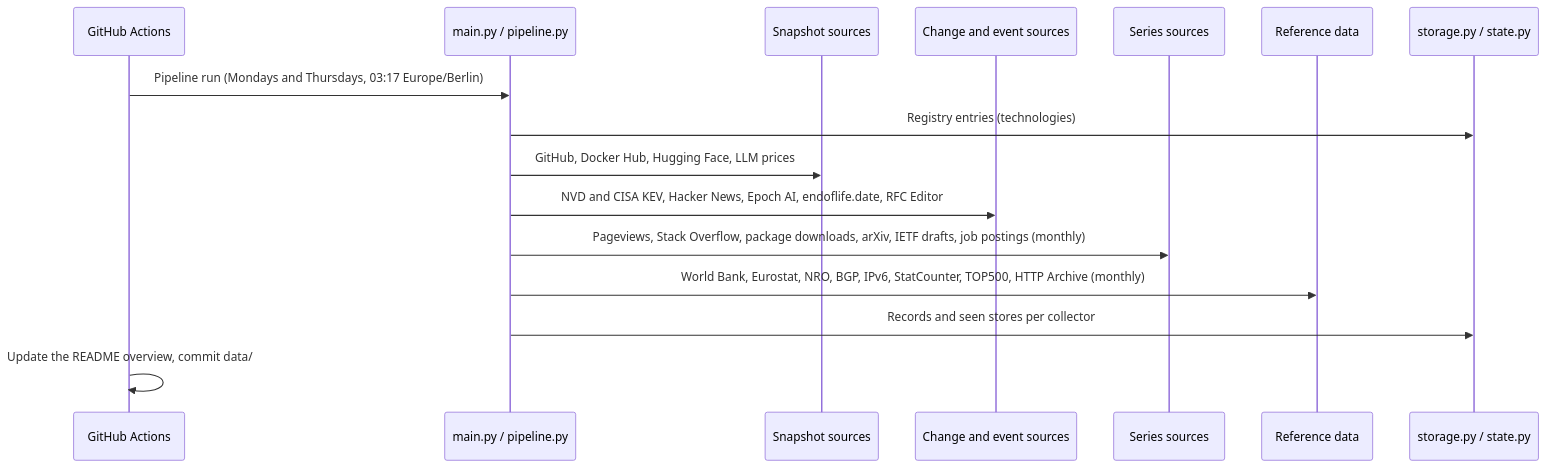
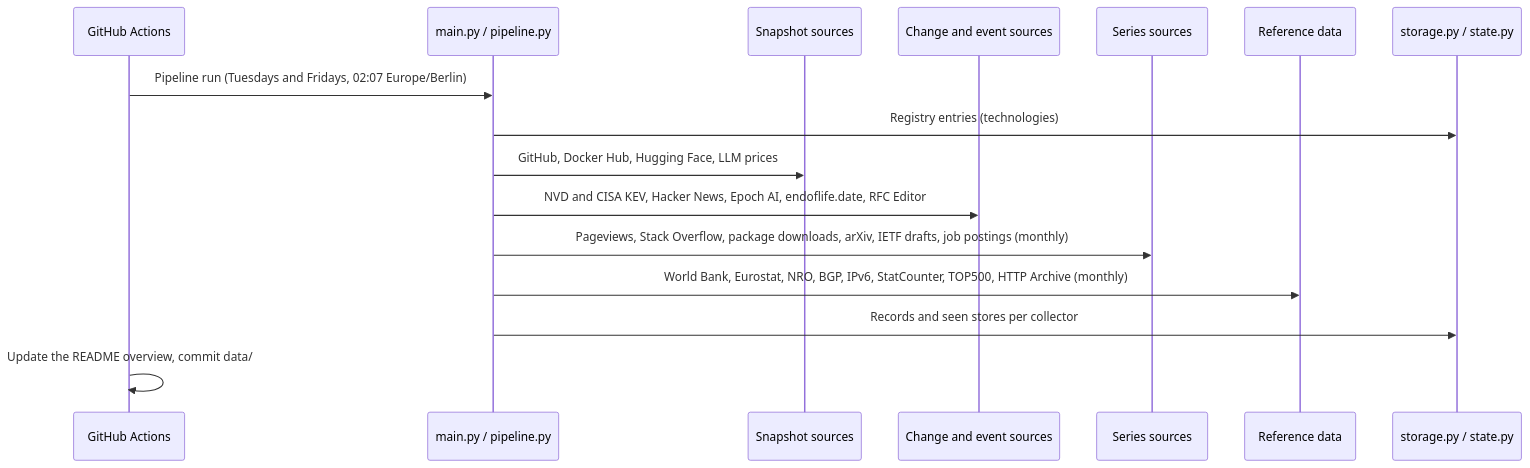
One commit to kleinnconrad/dataset.technology changed the fifth of 5 diagrams in README.md. Above: the diagram before and after it, drawn with Mermaid. The commit also changed other lines of this file and 2 other files, not shown here.

````diff
--- a/README.md
+++ b/README.md
@@ -1645,19 +1645,19 @@
 ```mermaid
 sequenceDiagram
     participant Action as GitHub Actions
     participant Run as main.py / pipeline.py
     participant Snap as Snapshot sources
     participant Change as Change and event sources
     participant Series as Series sources
     participant Ref as Reference data
     participant Store as storage.py / state.py
 
-    Action->>Run: Pipeline run (Mondays and Thursdays, 03:17 Europe/Berlin)
+    Action->>Run: Pipeline run (Tuesdays and Fridays, 02:07 Europe/Berlin)
     Run->>Store: Registry entries (technologies)
     Run->>Snap: GitHub, Docker Hub, Hugging Face, LLM prices
     Run->>Change: NVD and CISA KEV, Hacker News, Epoch AI, endoflife.date, RFC Editor
     Run->>Series: Pageviews, Stack Overflow, package downloads, arXiv, IETF drafts, job postings (monthly)
     Run->>Ref: World Bank, Eurostat, NRO, BGP, IPv6, StatCounter, TOP500, HTTP Archive (monthly)
     Run->>Store: Records and seen stores per collector
     Action->>Action: Update the README overview, commit data/
 ```
````
